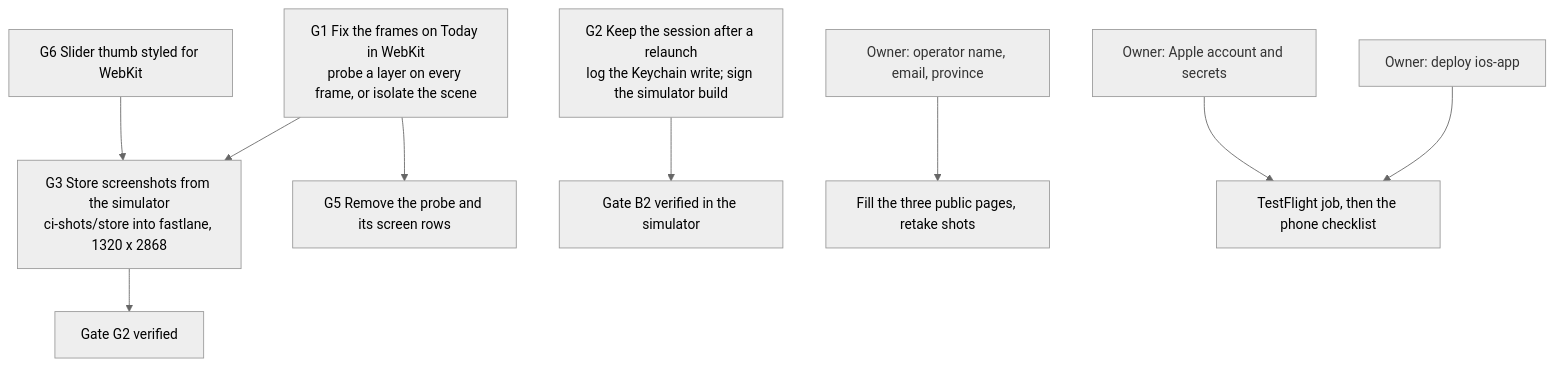
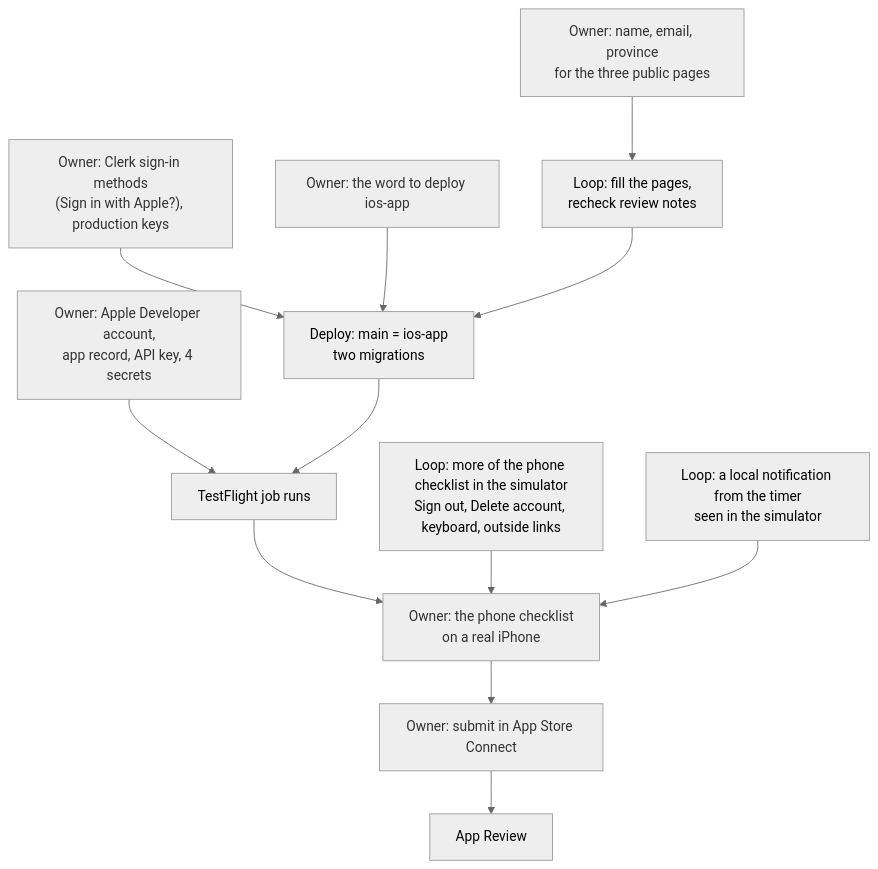
Before and after one commit to PaperclipMaximalist/focus-guild: the fourth of 4 diagrams in docs/LOOP_GRAPH.md, drawn with Mermaid (neutral theme). The commit also changed other lines of this file and 16 other files, not shown here.

First line of the commit message:
feat(ios): App Store pictures from the simulator; the sign-in check survives its own tool; the hand-off for the next loop

````diff
--- a/docs/LOOP_GRAPH.md
+++ b/docs/LOOP_GRAPH.md
@@ -133,13 +137,15 @@
 ```mermaid
 flowchart TD
-    G1["G1 Fix the frames on Today in WebKit<br/>probe a layer on every frame, or isolate the scene"] --> G3
-    G2["G2 Keep the session after a relaunch<br/>log the Keychain write; sign the simulator build"] --> G2b["Gate B2 verified in the simulator"]
-    G3["G3 Store screenshots from the simulator<br/>ci-shots/store into fastlane, 1320 x 2868"] --> G4
-    G1 --> G5["G5 Remove the probe and its screen rows"]
-    G6["G6 Slider thumb styled for WebKit"] --> G3
-    G4["Gate G2 verified"]
-    O1["Owner: operator name, email, province"]:::owner --> G7["Fill the three public pages, retake shots"]
-    O2["Owner: Apple account and secrets"]:::owner --> G8["TestFlight job, then the phone checklist"]
-    O3["Owner: deploy ios-app"]:::owner --> G8
+    O1["Owner: Apple Developer account,<br/>app record, API key, 4 secrets"]:::owner --> T["TestFlight job runs"]
+    O2["Owner: name, email, province<br/>for the three public pages"]:::owner --> P["Loop: fill the pages,<br/>recheck review notes"]
+    O3["Owner: Clerk sign-in methods<br/>(Sign in with Apple?), production keys"]:::owner --> D
+    O4["Owner: the word to deploy ios-app"]:::owner --> D["Deploy: main = ios-app<br/>two migrations"]
+    P --> D
+    D --> T
+    T --> F["Owner: the phone checklist<br/>on a real iPhone"]:::owner
+    F --> S["Owner: submit in App Store Connect"]:::owner
+    S --> R["App Review"]
+    L1["Loop: more of the phone checklist in the simulator<br/>Sign out, Delete account, keyboard, outside links"] --> F
+    L2["Loop: a local notification from the timer<br/>seen in the simulator"] --> F
     classDef owner fill:#eee,stroke:#999,color:#333
 ```
````
